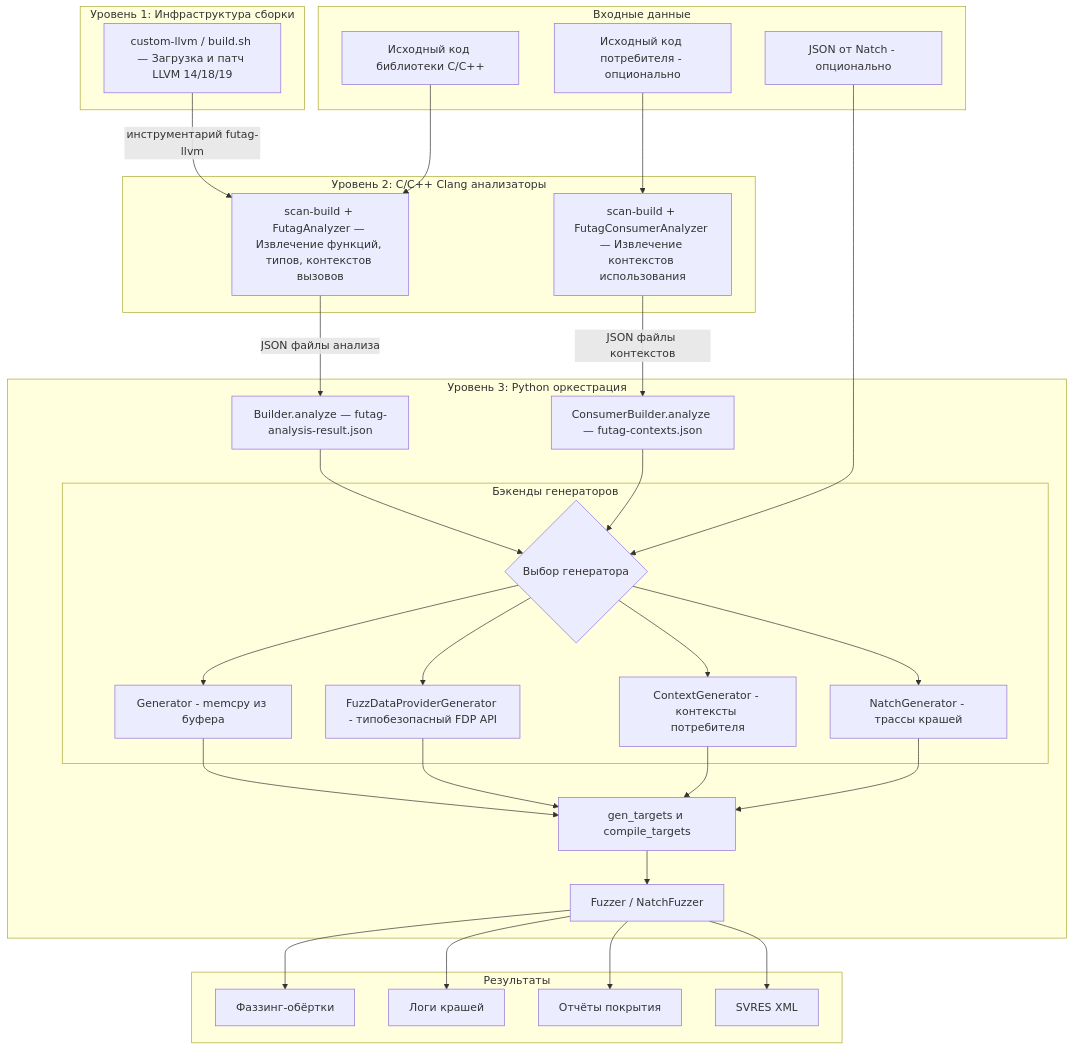
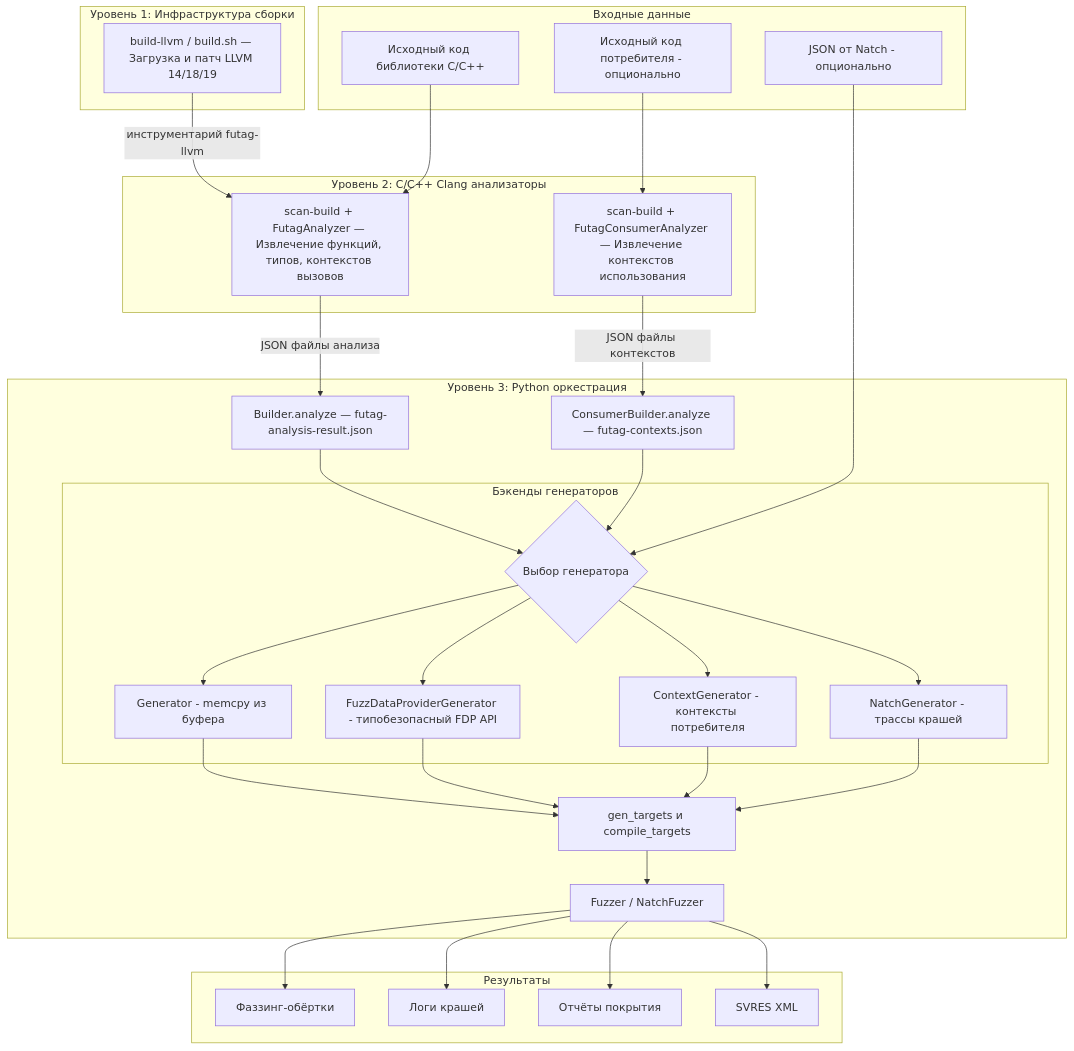
One commit to ispras/Futag changed the diagram in README.md. Above: the diagram before and after it, drawn with Mermaid. The commit also changed other lines of this file and 5 other files, not shown here.

````diff
--- a/README.md
+++ b/README.md
@@ -37,53 +37,53 @@
 ```mermaid
 graph TD
     subgraph "Входные данные"
         A["Исходный код библиотеки C/C++"]
         B["Исходный код потребителя - опционально"]
         C["JSON от Natch - опционально"]
     end
 
     subgraph "Уровень 1: Инфраструктура сборки"
-        D["custom-llvm / build.sh — Загрузка и патч LLVM 14/18/19"]
+        D["build-llvm / build.sh — Загрузка и патч LLVM 14/18/19"]
     end
 
     D -->|"инструментарий futag-llvm"| E
 
     subgraph "Уровень 2: С/C++ Clang анализаторы"
         E["scan-build + FutagAnalyzer — Извлечение функций, типов, контекстов вызовов"]
         F["scan-build + FutagConsumerAnalyzer — Извлечение контекстов использования"]
     end
 
     A --> E
     B --> F
     E -->|"JSON файлы анализа"| G
     F -->|"JSON файлы контекстов"| H
 
     subgraph "Уровень 3: Python оркестрация"
         G["Builder.analyze — futag-analysis-result.json"]
         H["ConsumerBuilder.analyze — futag-contexts.json"]
 
         G --> I
         H --> I
         C --> I
 
         subgraph "Бэкенды генераторов"
             I{"Выбор генератора"}
             I --> J1["Generator - memcpy из буфера"]
             I --> J2["FuzzDataProviderGenerator - типобезопасный FDP API"]
             I --> J3["ContextGenerator - контексты потребителя"]
             I --> J4["NatchGenerator - трассы крашей"]
         end
 
         J1 & J2 & J3 & J4 --> K["gen_targets и compile_targets"]
         K --> L["Fuzzer / NatchFuzzer"]
     end
 
     subgraph "Результаты"
         M["Фаззинг-обёртки"]
         N["Логи крашей"]
         O["Отчёты покрытия"]
         P["SVRES XML"]
     end
 
     L --> M & N & O & P
 ```
````
